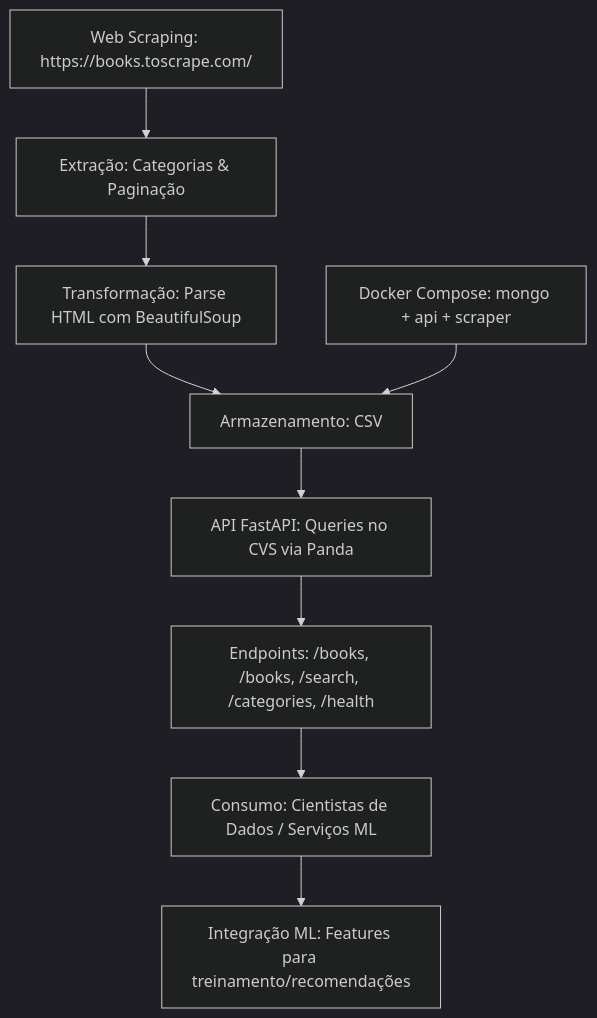
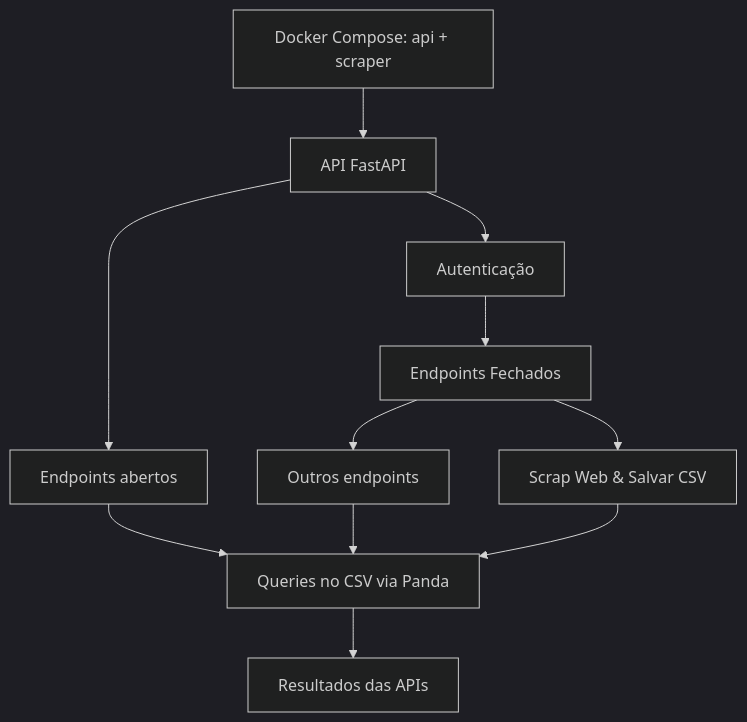
The diagram in README.md (FHDumont/tech-challenge-fase1), drawn with Mermaid (dark theme) before and after one commit. The commit also changed other lines of this file, not shown here.

````diff
--- a/README.md
+++ b/README.md
@@ -17,11 +17,13 @@
 ```mermaid
 graph TD
-    A[Web Scraping: https://books.toscrape.com/] --> B[Extração: Categorias & Paginação]
-    B --> C[Transformação: Parse HTML com BeautifulSoup]
-    C --> D[Armazenamento: CSV]
-    D --> E[API FastAPI: Queries no CVS via Panda]
-    E --> F[Endpoints: /books, /books, /search, /categories, /health]
-    F --> G[Consumo: Cientistas de Dados / Serviços ML]
-    G --> H[Integração ML: Features para treinamento/recomendações]
-    I[Docker Compose: mongo + api + scraper] --> D
+    A[Docker Compose: api + scraper] --> B[API FastAPI]
+    B --> C[Endpoints abertos]
+    B --> D[Autenticação]
+    D --> E[Endpoints Fechados]
+    E --> F[Scrap Web & Salvar CSV]
+    E --> G[Outros endpoints]
+    C --> L
+    G --> L
+    F --> L
+    L[Queries no CSV via Panda] --> X[Resultados das APIs]
 ```
````
